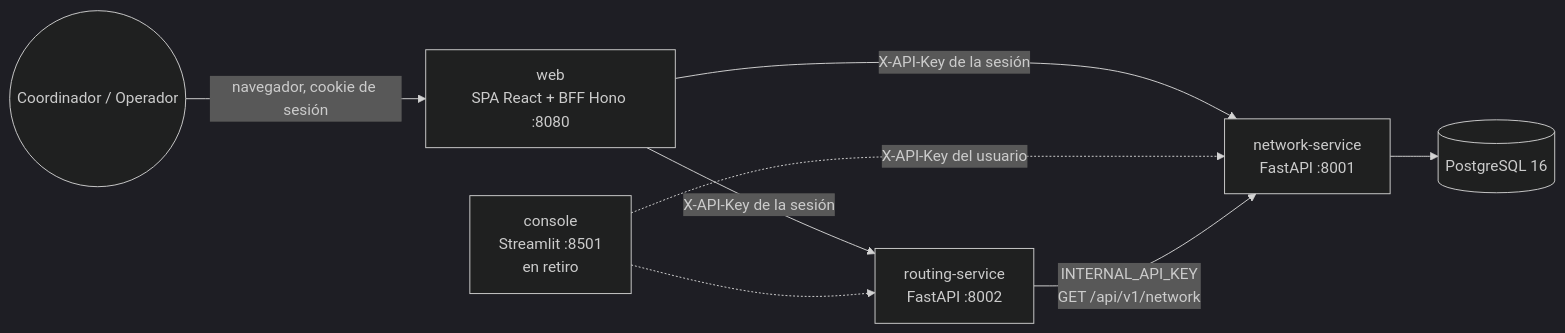
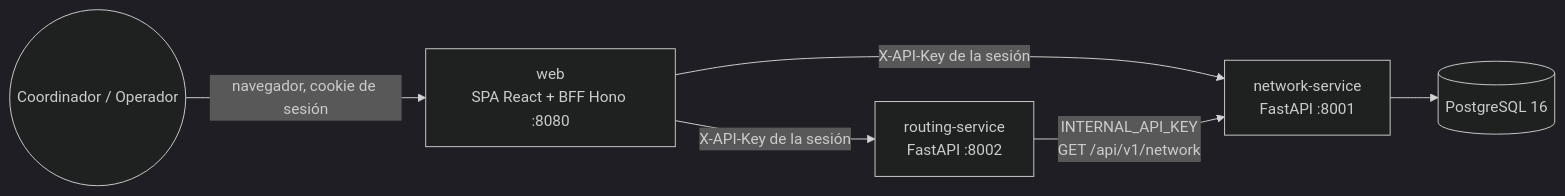
One commit to jzuluamu/trabajo_2_mi changed the first of 2 diagrams in docs/01-arquitectura.md. Above: the diagram before and after it, drawn with Mermaid (dark theme). The commit also changed other lines of this file and 58 other files, not shown here.

Commit message:
feat: cerrar F4 con aceptación de los 4 escenarios y retiro de la consola Streamlit

````diff
--- a/docs/01-arquitectura.md
+++ b/docs/01-arquitectura.md
@@ -5,10 +5,8 @@
 ```mermaid
 flowchart LR
     U((Coordinador / Operador)) -->|navegador, cookie de sesión| W[web<br/>SPA React + BFF Hono :8080]
     W -->|X-API-Key de la sesión| N[network-service<br/>FastAPI :8001]
     W -->|X-API-Key de la sesión| R[routing-service<br/>FastAPI :8002]
-    C[console<br/>Streamlit :8501<br/>en retiro] -.->|X-API-Key del usuario| N
-    C -.-> R
     R -->|INTERNAL_API_KEY<br/>GET /api/v1/network| N
     N --> DB[(PostgreSQL 16)]
 ```
````
